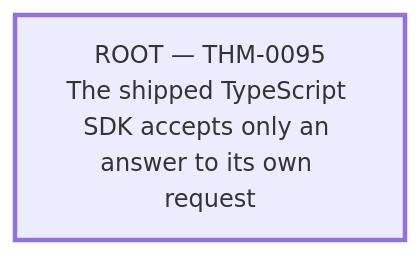
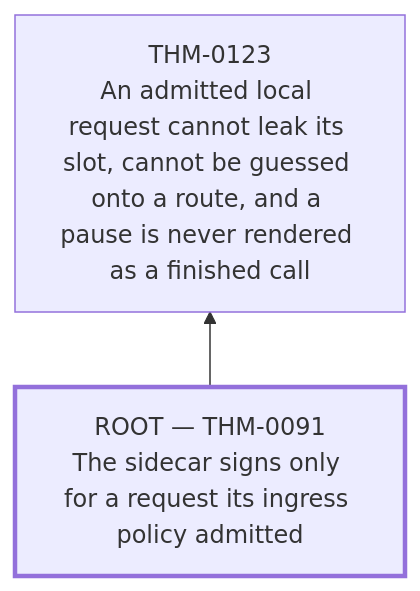
One commit to matssun/mcp-re changed the seventh of 24 diagrams in verification/generated/theorem-dependencies.md. Above: the diagram before and after it, drawn with Mermaid. The commit also changed other lines of this file and 146 other files, not shown here.

````diff
--- a/verification/generated/theorem-dependencies.md
+++ b/verification/generated/theorem-dependencies.md
@@ -345,6 +343,8 @@
 ```mermaid
 graph BT
-    THM_0095["ROOT — THM-0095<br/>The shipped TypeScript SDK accepts only an answer to its own request"]
+    THM_0091["ROOT — THM-0091<br/>The sidecar signs only for a request its ingress policy admitted"]
+    THM_0123["THM-0123<br/>An admitted local request cannot leak its slot, cannot be guessed onto a route, and a pause is never rendered as a finished call"]
+    THM_0091 --> THM_0123
     classDef root stroke-width:3px;
-    class THM_0095 root;
+    class THM_0091 root;
 ```
````
